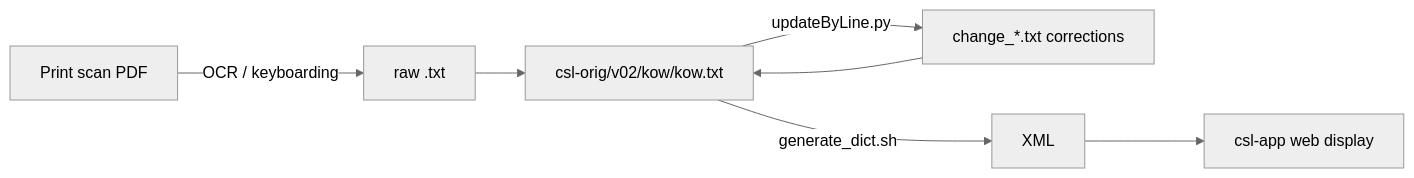
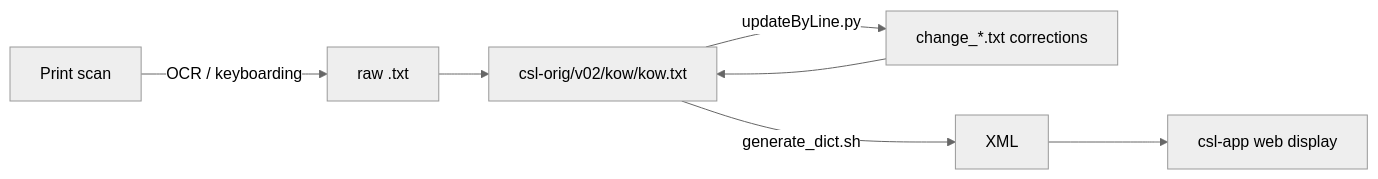
The third of 3 diagrams in README.md (sanskrit-lexicon/KOW), drawn with Mermaid (neutral theme) before and after one commit. The commit also changed other lines of this file, not shown here.

````diff
--- a/README.md
+++ b/README.md
@@ -112,9 +105,9 @@
 ```mermaid
 flowchart LR
-  S["Print scan PDF"] -->|OCR / keyboarding| R["raw .txt"]
+  S["Print scan"] -->|OCR / keyboarding| R["raw .txt"]
   R --> O["csl-orig/v02/kow/kow.txt"]
   O -->|updateByLine.py| C["change_*.txt corrections"]
   C --> O
   O -->|generate_dict.sh| X["XML"]
   X --> A["csl-app web display"]
 ```
````
